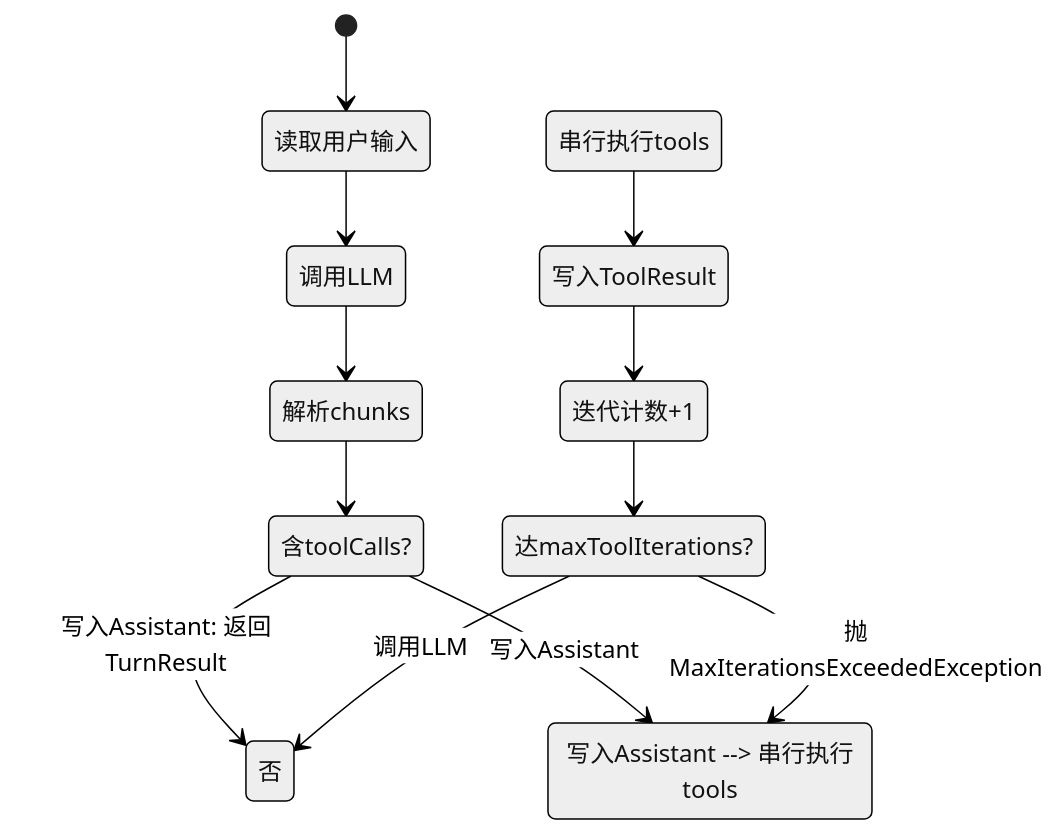
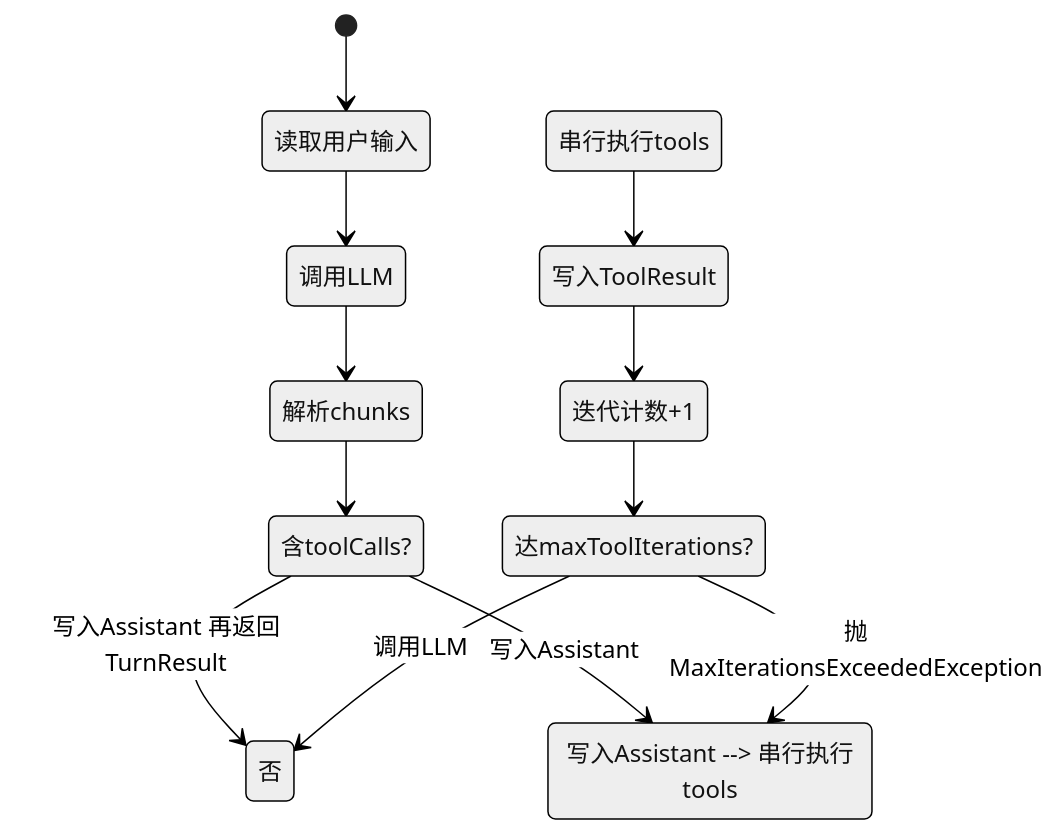
Before and after one commit to makemeking233-hub/agent-demo: the third of 11 diagrams in docs/architecture.md, drawn with Mermaid (neutral theme). The commit also changed other lines of this file and 7 other files, not shown here.

````diff
--- a/docs/architecture.md
+++ b/docs/architecture.md
@@ -146,15 +146,15 @@
 ```mermaid
 stateDiagram-v2
     [*] --> 读取用户输入
     读取用户输入 --> 调用LLM
     调用LLM --> 解析chunks
     解析chunks --> 含toolCalls?
-    含toolCalls? --> 否: 写入Assistant: 返回TurnResult
+    含toolCalls? --> 否: 写入Assistant 再返回TurnResult
     含toolCalls? --> 是: 写入Assistant
     是: 写入Assistant --> 串行执行tools
     串行执行tools --> 写入ToolResult
     写入ToolResult --> 迭代计数+1
     迭代计数+1 --> 达maxToolIterations?
     达maxToolIterations? --> 是: 抛MaxIterationsExceededException
     达maxToolIterations? --> 否: 调用LLM
 ```
````
